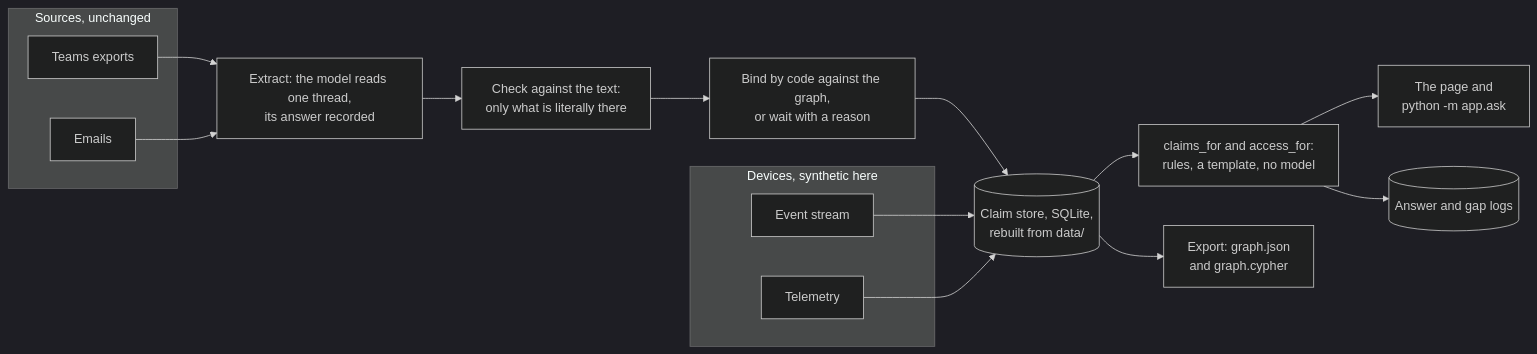
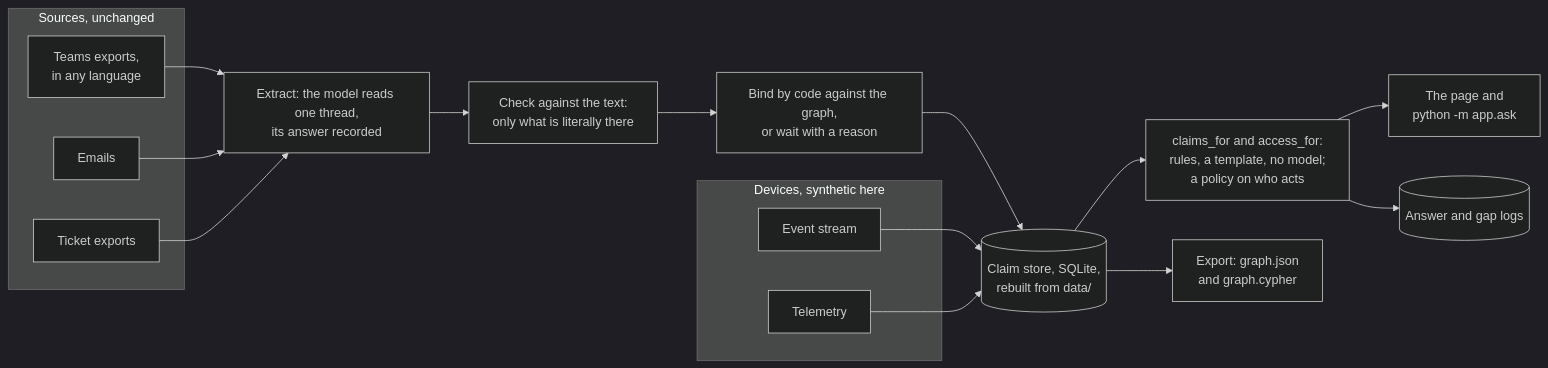
One commit to pkorrrhonen-cmd/silent-context changed the diagram in README.md. Above: the diagram before and after it, drawn with Mermaid (dark theme). The commit also changed other lines of this file and 16 other files, not shown here.

````diff
--- a/README.md
+++ b/README.md
@@ -48,22 +66,24 @@
 ```mermaid
 flowchart LR
     subgraph sources ["Sources, unchanged"]
-        T["Teams exports"]
+        T["Teams exports,<br/>in any language"]
         E["Emails"]
+        K["Ticket exports"]
     end
     subgraph devices ["Devices, synthetic here"]
         EV["Event stream"]
         TM["Telemetry"]
     end
     T --> X
     E --> X
+    K --> X
     X["Extract: the model reads one thread,<br/>its answer recorded"] --> C["Check against the text:<br/>only what is literally there"]
     C --> B["Bind by code against the graph,<br/>or wait with a reason"]
     B --> S[("Claim store, SQLite,<br/>rebuilt from data/")]
     EV --> S
     TM --> S
-    S --> A["claims_for and access_for:<br/>rules, a template, no model"]
+    S --> A["claims_for and access_for:<br/>rules, a template, no model;<br/>a policy on who acts"]
     A --> P["The page and<br/>python -m app.ask"]
     A --> L[("Answer and gap logs")]
     S --> G["Export: graph.json<br/>and graph.cypher"]
 ```
````
